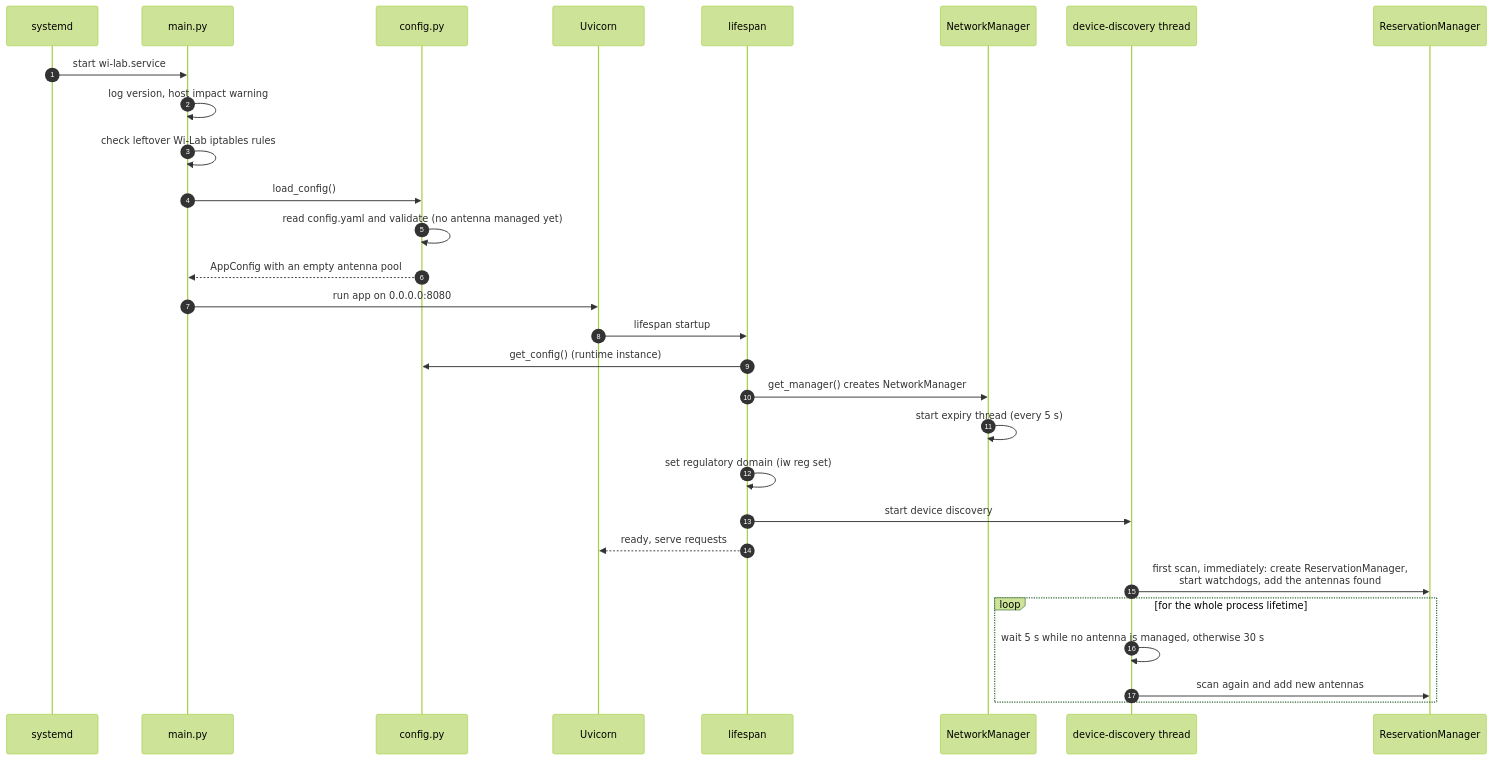
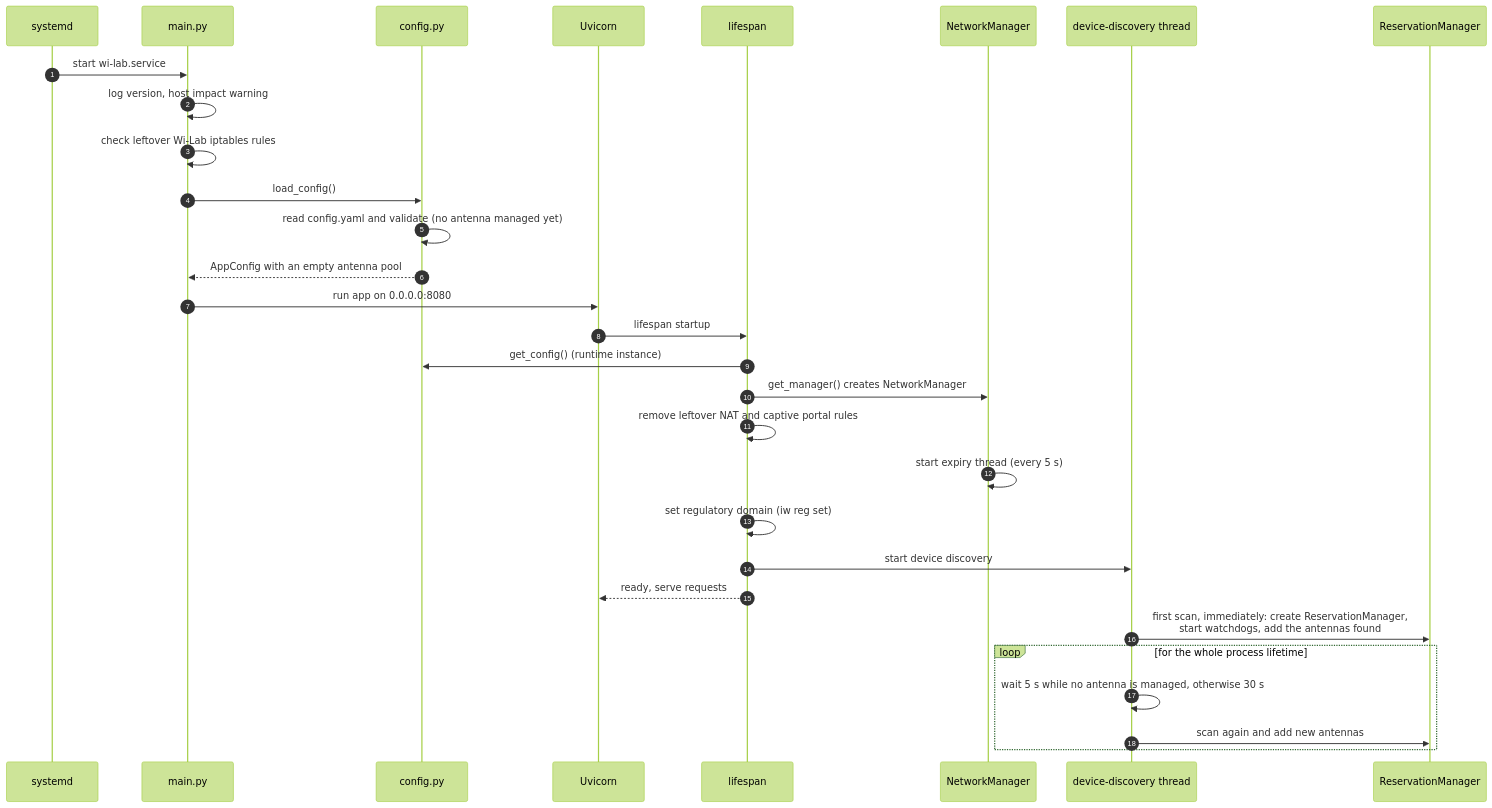
One commit to caporalesimone/wi-lab changed the second of 13 diagrams in docs/architecture.md. Above: the diagram before and after it, drawn with Mermaid (forest theme). The commit also changed other lines of this file and 15 other files, not shown here.

First line of the commit message:
feat(network): add optional captive portal to AP creation

````diff
--- a/docs/architecture.md
+++ b/docs/architecture.md
@@ -100,32 +104,33 @@
 ```mermaid
 sequenceDiagram
     autonumber
     participant SD as systemd
     participant M as main.py
     participant C as config.py
     participant U as Uvicorn
     participant L as lifespan
     participant NM as NetworkManager
     participant D as device-discovery thread
     participant RM as ReservationManager
 
     SD->>M: start wi-lab.service
     M->>M: log version, host impact warning
     M->>M: check leftover Wi-Lab iptables rules
     M->>C: load_config()
     C->>C: read config.yaml and validate (no antenna managed yet)
     C-->>M: AppConfig with an empty antenna pool
     M->>U: run app on 0.0.0.0:8080
     U->>L: lifespan startup
     L->>C: get_config() (runtime instance)
     L->>NM: get_manager() creates NetworkManager
+    L->>L: remove leftover NAT and captive portal rules
     NM->>NM: start expiry thread (every 5 s)
     L->>L: set regulatory domain (iw reg set)
     L->>D: start device discovery
     L-->>U: ready, serve requests
     D->>RM: first scan, immediately: create ReservationManager,<br/>start watchdogs, add the antennas found
     loop for the whole process lifetime
         D->>D: wait 5 s while no antenna is managed, otherwise 30 s
         D->>RM: scan again and add new antennas
     end
 ```
````
